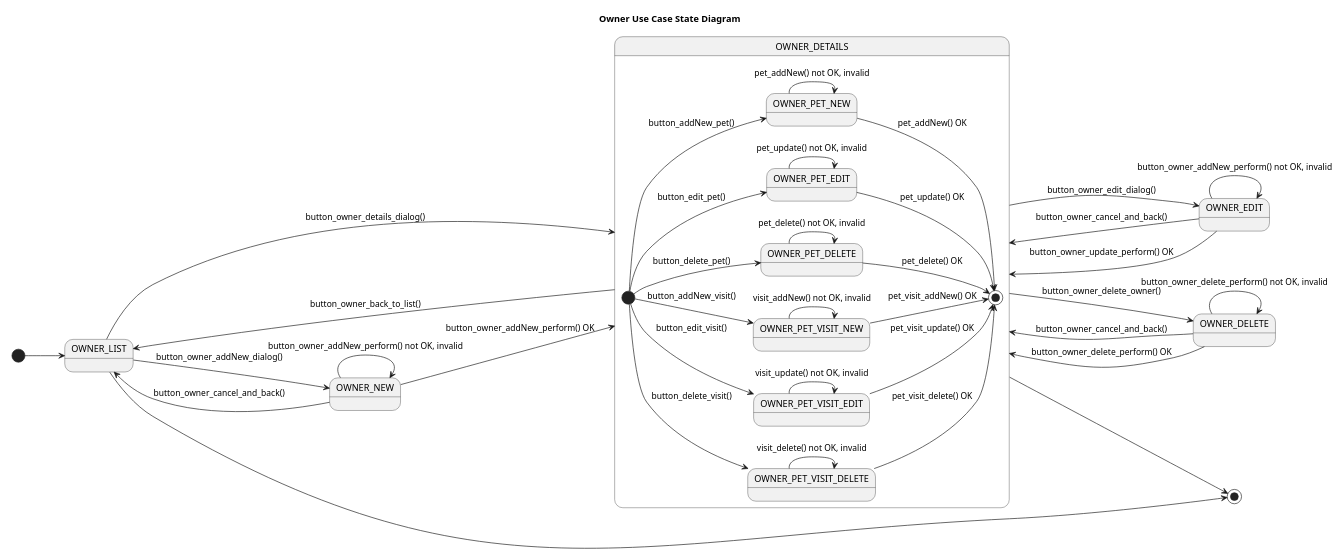
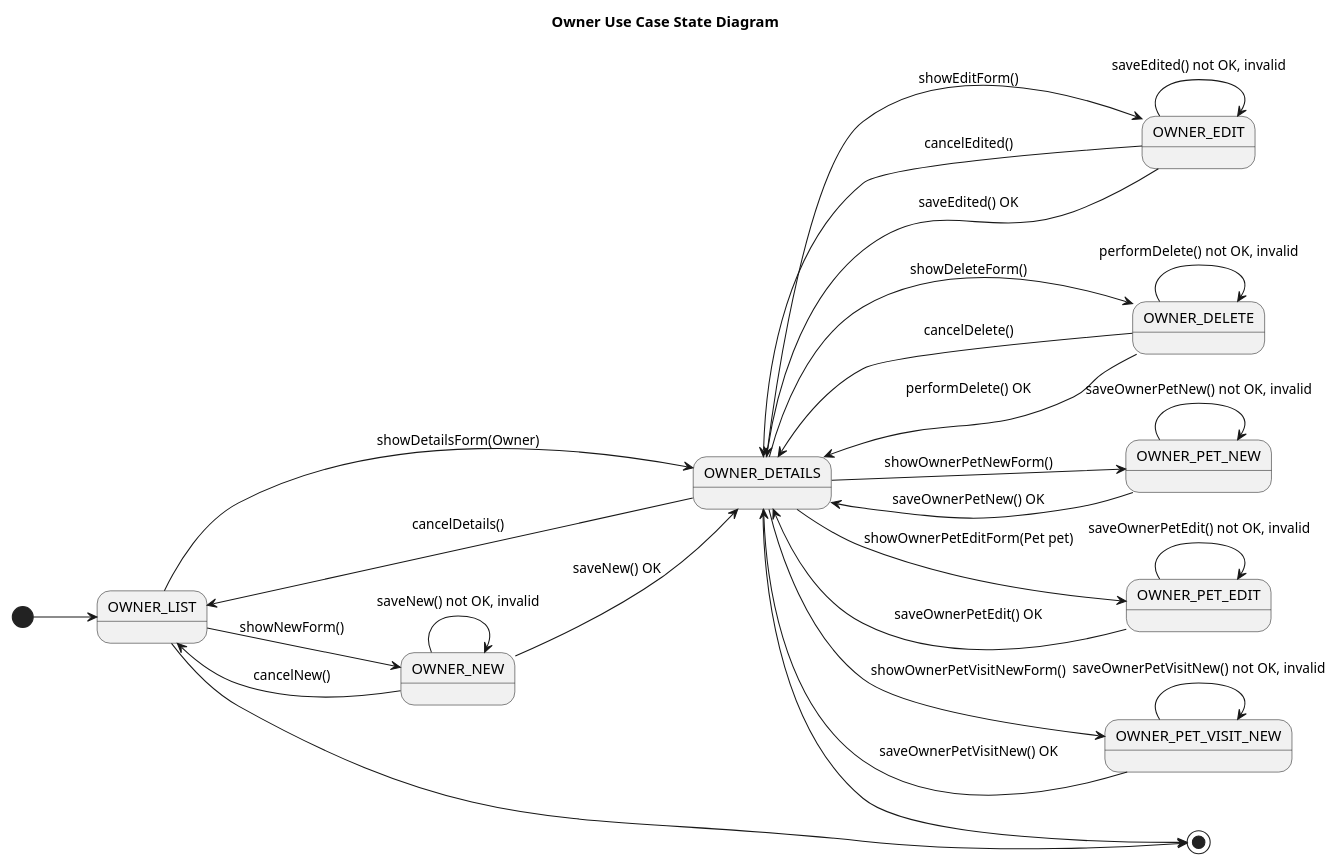
Before and after one commit to Jakarta-EE-Petclinic/petclinic-uml: the diagram in src/main/plantuml/owner/owner/Owner__UseCases__State.puml, drawn with PlantUML. The commit also changed 4 other files, not shown here.

```diff
--- a/src/main/plantuml/owner/owner/Owner__UseCases__State.puml
+++ b/src/main/plantuml/owner/owner/Owner__UseCases__State.puml
@@ -1,86 +1,62 @@
 @startuml
 
 title Owner Use Case State Diagram
 
 'https://plantuml.com/state-diagram
 
 left to right direction
 'top to bottom direction
 
 scale 1200 width
 
 [*] --> OWNER_LIST
 
-OWNER_LIST --> OWNER_DETAILS: button_owner_details_dialog()
-OWNER_DETAILS --> OWNER_LIST: button_owner_back_to_list()
+OWNER_LIST --> OWNER_DETAILS: showDetailsForm(Owner)
+OWNER_DETAILS --> OWNER_LIST: cancelDetails()
 
-OWNER_LIST --> OWNER_NEW :   button_owner_addNew_dialog()
-OWNER_NEW --> OWNER_LIST:    button_owner_cancel_and_back()
-OWNER_NEW --> OWNER_DETAILS: button_owner_addNew_perform() OK
+OWNER_LIST --> OWNER_NEW :   showNewForm()
+OWNER_NEW --> OWNER_LIST:    cancelNew()
+state OWNER_NEW {
+    OWNER_NEW --> OWNER_NEW : saveNew() not OK, invalid
+}
 
-OWNER_DETAILS --> OWNER_EDIT: button_owner_edit_dialog()
-OWNER_EDIT --> OWNER_DETAILS: button_owner_cancel_and_back()
-OWNER_EDIT --> OWNER_DETAILS: button_owner_update_perform() OK
+OWNER_NEW --> OWNER_DETAILS: saveNew() OK
 
-OWNER_DETAILS --> OWNER_DELETE: button_owner_delete_owner()
-OWNER_DELETE --> OWNER_DETAILS: button_owner_cancel_and_back()
-OWNER_DELETE --> OWNER_DETAILS: button_owner_delete_perform() OK
+OWNER_DETAILS --> OWNER_EDIT: showEditForm()
+OWNER_EDIT --> OWNER_DETAILS: cancelEdited()
+state OWNER_EDIT {
+    OWNER_EDIT --> OWNER_EDIT: saveEdited() not OK, invalid
+}
+OWNER_EDIT --> OWNER_DETAILS: saveEdited() OK
 
-state OWNER_DETAILS {
-
-    [*] --> OWNER_PET_NEW: button_addNew_pet()
-    state OWNER_PET_NEW {
-        OWNER_PET_NEW --> OWNER_PET_NEW : pet_addNew() not OK, invalid
-    }
-    OWNER_PET_NEW --> [*] : pet_addNew() OK
+OWNER_DETAILS --> OWNER_DELETE: showDeleteForm()
+OWNER_DELETE --> OWNER_DETAILS: cancelDelete()
+state OWNER_DELETE {
+    OWNER_DELETE --> OWNER_DELETE: performDelete() not OK, invalid
+}
+OWNER_DELETE --> OWNER_DETAILS: performDelete() OK
 
 
-    [*] --> OWNER_PET_EDIT: button_edit_pet()
-    state OWNER_PET_EDIT {
-        OWNER_PET_EDIT --> OWNER_PET_EDIT : pet_update() not OK, invalid
-    }
-    OWNER_PET_EDIT --> [*] : pet_update() OK
+OWNER_DETAILS --> OWNER_PET_NEW: showOwnerPetNewForm()
+state OWNER_PET_NEW {
+        OWNER_PET_NEW --> OWNER_PET_NEW : saveOwnerPetNew() not OK, invalid
+}
+OWNER_PET_NEW --> OWNER_DETAILS : saveOwnerPetNew() OK
 
+OWNER_DETAILS --> OWNER_PET_EDIT: showOwnerPetEditForm(Pet pet)
+state OWNER_PET_EDIT {
+    OWNER_PET_EDIT --> OWNER_PET_EDIT : saveOwnerPetEdit() not OK, invalid
+}
+OWNER_PET_EDIT --> OWNER_DETAILS : saveOwnerPetEdit() OK
 
-    [*] --> OWNER_PET_DELETE: button_delete_pet()
-    state OWNER_PET_DELETE {
-        OWNER_PET_DELETE --> OWNER_PET_DELETE: pet_delete() not OK, invalid
-    }
-    OWNER_PET_DELETE --> [*]: pet_delete() OK
+OWNER_DETAILS --> OWNER_PET_VISIT_NEW: showOwnerPetVisitNewForm()
+state OWNER_PET_VISIT_NEW {
+    OWNER_PET_VISIT_NEW --> OWNER_PET_VISIT_NEW : saveOwnerPetVisitNew() not OK, invalid
+}
+OWNER_PET_VISIT_NEW --> OWNER_DETAILS : saveOwnerPetVisitNew() OK
 
-
-    [*] --> OWNER_PET_VISIT_NEW: button_addNew_visit()
-    state OWNER_PET_VISIT_NEW {
-        OWNER_PET_VISIT_NEW --> OWNER_PET_VISIT_NEW : visit_addNew() not OK, invalid
-    }
-    OWNER_PET_VISIT_NEW --> [*] : pet_visit_addNew() OK
-
-
-    [*] --> OWNER_PET_VISIT_EDIT: button_edit_visit()
-    state OWNER_PET_VISIT_EDIT {
-        OWNER_PET_VISIT_EDIT --> OWNER_PET_VISIT_EDIT : visit_update() not OK, invalid
-    }
-    OWNER_PET_VISIT_EDIT --> [*] : pet_visit_update() OK
-
-
-    [*] --> OWNER_PET_VISIT_DELETE: button_delete_visit()
-    state OWNER_PET_VISIT_DELETE {
-        OWNER_PET_VISIT_DELETE --> OWNER_PET_VISIT_DELETE: visit_delete() not OK, invalid
-    }
-    OWNER_PET_VISIT_DELETE --> [*]: pet_visit_delete() OK
-
-}
-state OWNER_EDIT {
-    OWNER_EDIT --> OWNER_EDIT: button_owner_addNew_perform() not OK, invalid
-}
-state OWNER_DELETE {
-    OWNER_DELETE --> OWNER_DELETE: button_owner_delete_perform() not OK, invalid
-}
-state OWNER_NEW {
-    OWNER_NEW --> OWNER_NEW : button_owner_addNew_perform() not OK, invalid
-}
 
 OWNER_LIST --> [*]
 OWNER_DETAILS --> [*]
 
 @enduml
```
